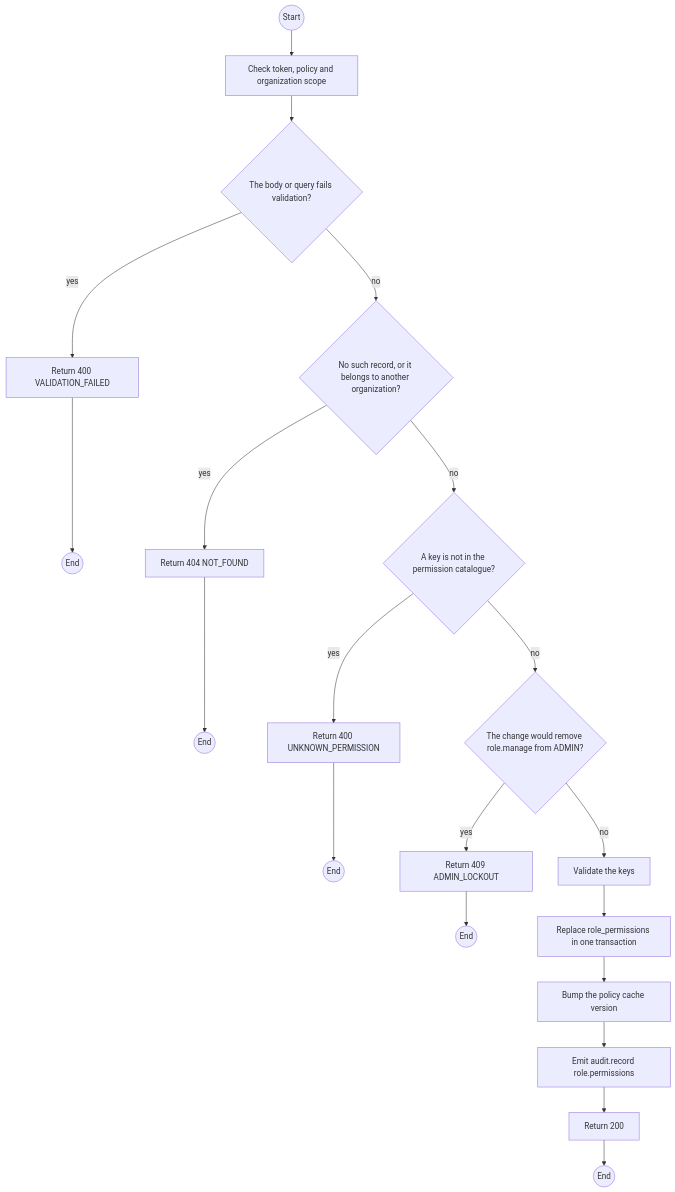
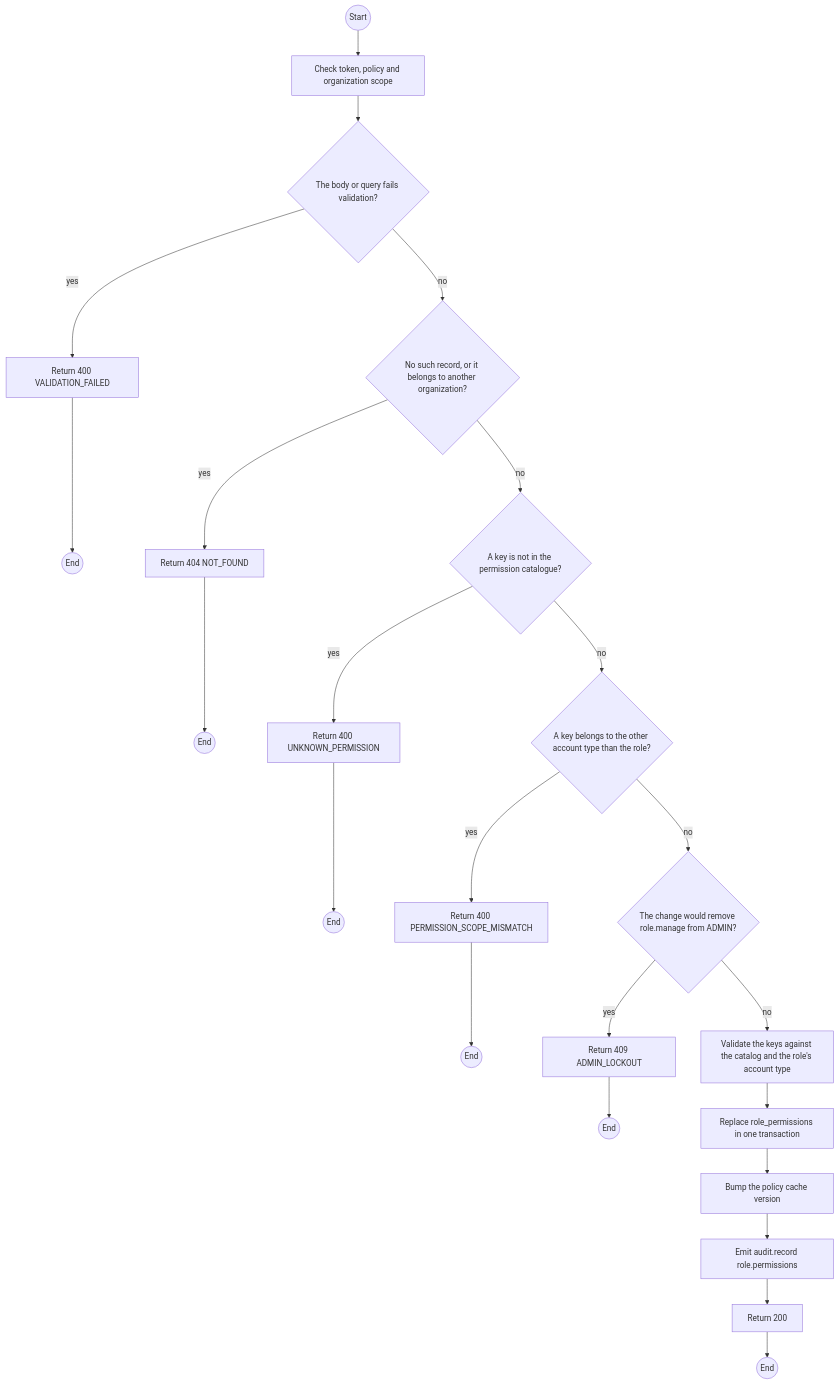
One commit to TrekLink-Team/treklink-web changed the first of 2 diagrams in specs/auth/api-design/16-put-roles-id-permissions.md. Above: the diagram before and after it, drawn with Mermaid. The commit also changed other lines of this file and 26 other files, not shown here.

````diff
--- a/specs/auth/api-design/16-put-roles-id-permissions.md
+++ b/specs/auth/api-design/16-put-roles-id-permissions.md
@@ -170,37 +187,42 @@
 ```mermaid
 flowchart TB
     S((Start))
     A0["Check token, policy and organization scope"]
     S --> A0
     D1{"The body or query fails validation?"}
     A0 --> D1
     E1["Return 400 VALIDATION_FAILED"]
     D1 -->|yes| E1
     E1 --> X1((End))
     D2{"No such record, or it belongs to another organization?"}
     D1 -->|no| D2
     E2["Return 404 NOT_FOUND"]
     D2 -->|yes| E2
     E2 --> X2((End))
     D3{"A key is not in the permission catalogue?"}
     D2 -->|no| D3
     E3["Return 400 UNKNOWN_PERMISSION"]
     D3 -->|yes| E3
     E3 --> X3((End))
-    D4{"The change would remove role.manage from ADMIN?"}
+    D4{"A key belongs to the other account type than the role?"}
     D3 -->|no| D4
-    E4["Return 409 ADMIN_LOCKOUT"]
+    E4["Return 400 PERMISSION_SCOPE_MISMATCH"]
     D4 -->|yes| E4
     E4 --> X4((End))
-    P0["Validate the keys"]
-    D4 -->|no| P0
+    D5{"The change would remove role.manage from ADMIN?"}
+    D4 -->|no| D5
+    E5["Return 409 ADMIN_LOCKOUT"]
+    D5 -->|yes| E5
+    E5 --> X5((End))
+    P0["Validate the keys against the catalog and the role's account type"]
+    D5 -->|no| P0
     P1["Replace role_permissions in one transaction"]
     P0 --> P1
     P2["Bump the policy cache version"]
     P1 --> P2
     P3["Emit audit.record role.permissions"]
     P2 --> P3
     OK["Return 200"]
     P3 --> OK
     OK --> Z((End))
 ```
````
